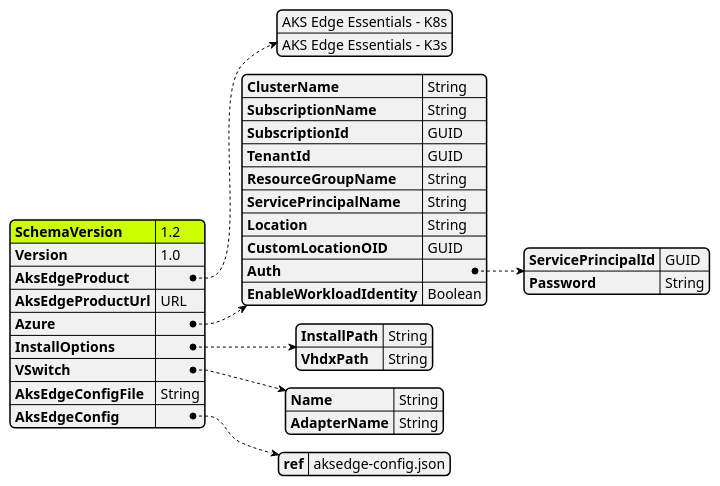
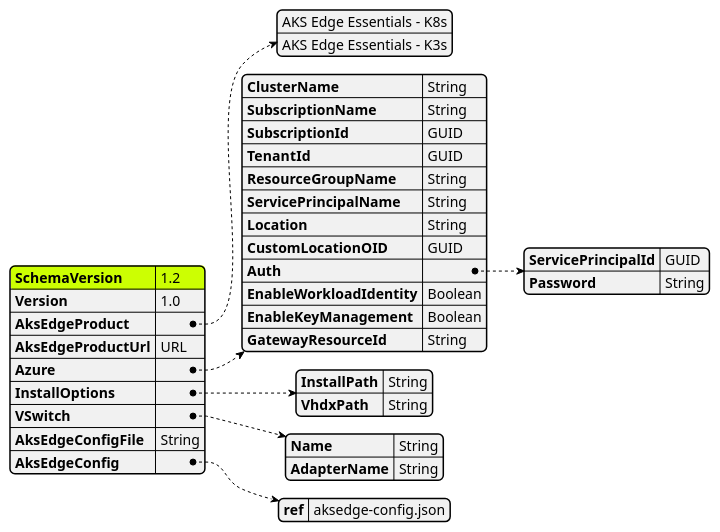
One commit to Azure/AKS-Edge changed the diagram in tools/modules/AksEdgeDeploy/aide-userconfig.puml. Above: the diagram before and after it, drawn with PlantUML. The commit also changed 2 other files, not shown here.

Commit message:
script cleanup, integrate gateway feature (#6)
* script cleanup, integrate gateway feature

* integrate arc gateway

```diff
--- a/tools/modules/AksEdgeDeploy/aide-userconfig.puml
+++ b/tools/modules/AksEdgeDeploy/aide-userconfig.puml
@@ -1,62 +1,64 @@
 @startjson AksEdgeDeploy
 <style>
 jsonDiagram {
     node {
         FontSize 12
         RoundCorner 10
         LineThickness 0.5
         separator {
             LineThickness 0.25
         }
     }
     arrow {
         LineThickness 0.5
         LineStyle 2;6
     }
     highlight {
         BackgroundColor black
         FontColor White
     }
 }
 </style>
 #highlight "SchemaVersion"
 {
     "SchemaVersion":"1.2",
     "Version":"1.0",
     "AksEdgeProduct" : [
                 "AKS Edge Essentials - K8s",
                 "AKS Edge Essentials - K3s"
             ],
     "AksEdgeProductUrl" : "URL",
     "Azure":{
         "ClusterName":"String",
         "SubscriptionName":"String",
         "SubscriptionId": "GUID",
         "TenantId":"GUID",
         "ResourceGroupName": "String",
         "ServicePrincipalName" : "String",
         "Location" : "String",
         "CustomLocationOID":"GUID",
         "Auth": {
             "ServicePrincipalId" : "GUID",
             "Password" : "String"
         },
-        "EnableWorkloadIdentity" : "Boolean"
+        "EnableWorkloadIdentity" : "Boolean",
+        "EnableKeyManagement" : "Boolean",
+        "GatewayResourceId": "String"
     }
     ,
     "InstallOptions":{
         "InstallPath":"String",
         "VhdxPath":"String"
     }
     ,
     "VSwitch": {
         "Name": "String",
         "AdapterName": "String"
     }
     ,
     "AksEdgeConfigFile":"String",
     "AksEdgeConfig":{
         "ref" :"aksedge-config.json"
     }
 }
 @endjson
```
